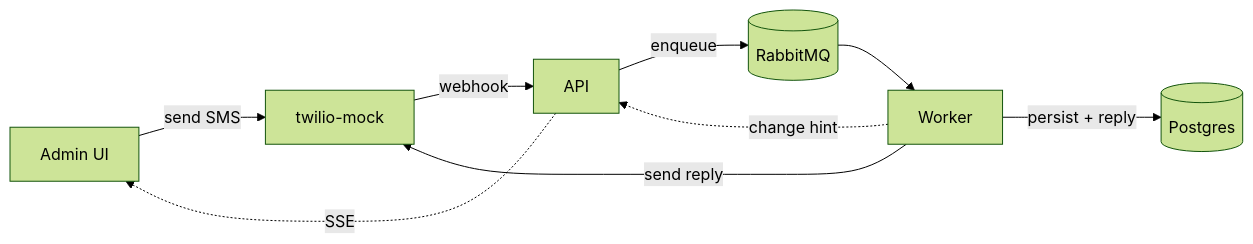
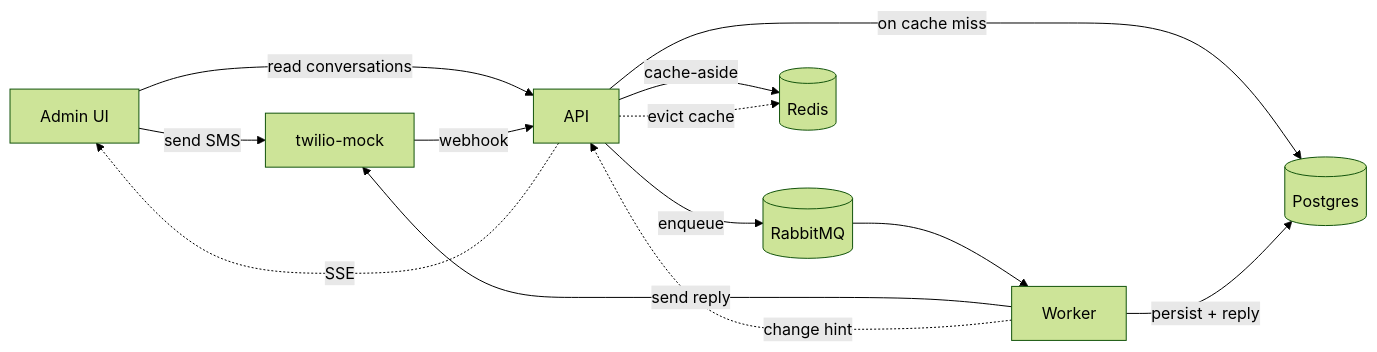
Before and after one commit to n0minal/WhatUp: the diagram in README.md, drawn with Mermaid (forest theme). The commit also changed other lines of this file, not shown here.

Commit message:
docs(readme): read path and cache in the architecture diagram
The flow now shows the Admin UI's read endpoints against the API,
cache-aside against Redis with Postgres fallthrough on a miss, and the
change hints evicting cache keys alongside driving the SSE stream.

````diff
--- a/README.md
+++ b/README.md
@@ -65,11 +65,15 @@
 ```mermaid
 flowchart LR
   UI[Admin UI] -- "send SMS" --> TW[twilio-mock]
-  TW -- "webhook" --> API[API]
+  UI -- "read conversations" --> API[API]
+  TW -- "webhook" --> API
   API -- "enqueue" --> MQ[(RabbitMQ)]
+  API -- "cache-aside" --> RD[(Redis)]
+  API -- "on cache miss" --> DB[(Postgres)]
   MQ --> WK[Worker]
-  WK -- "persist + reply" --> DB[(Postgres)]
+  WK -- "persist + reply" --> DB
   WK -- "send reply" --> TW
   WK -. "change hint" .-> API
+  API -. "evict cache" .-> RD
   API -. "SSE" .-> UI
 ```
````
